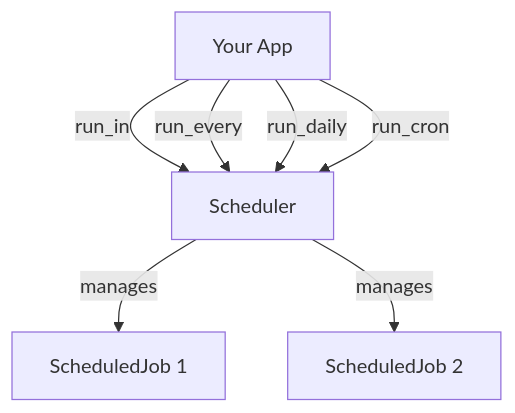
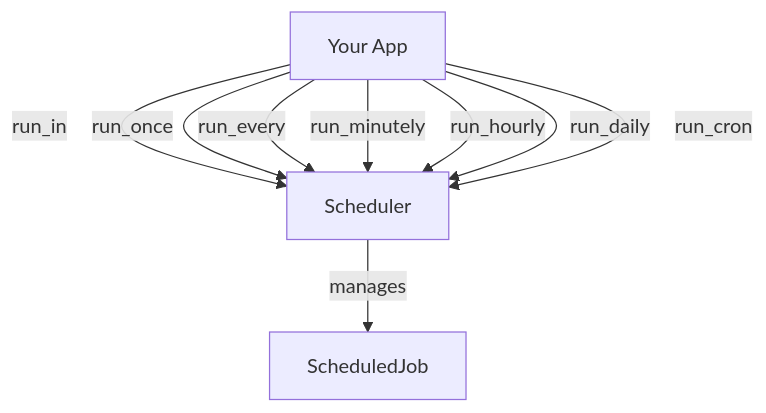
One commit to NodeJSmith/hassette changed the diagram in docs/pages/core-concepts/scheduler/index.md. Above: the diagram before and after it, drawn with Mermaid. The commit also changed other lines of this file and 6 other files, not shown here.

````diff
--- a/docs/pages/core-concepts/scheduler/index.md
+++ b/docs/pages/core-concepts/scheduler/index.md
@@ -10,10 +8,12 @@
 ```mermaid
 graph TB
     APP[Your App] --> |run_in| SCHED[Scheduler]
+    APP --> |run_once| SCHED
     APP --> |run_every| SCHED
+    APP --> |run_minutely| SCHED
+    APP --> |run_hourly| SCHED
     APP --> |run_daily| SCHED
     APP --> |run_cron| SCHED
 
-    SCHED --> |manages| JOB1[ScheduledJob 1]
-    SCHED --> |manages| JOB2[ScheduledJob 2]
+    SCHED --> |manages| JOB[ScheduledJob]
 ```
````
